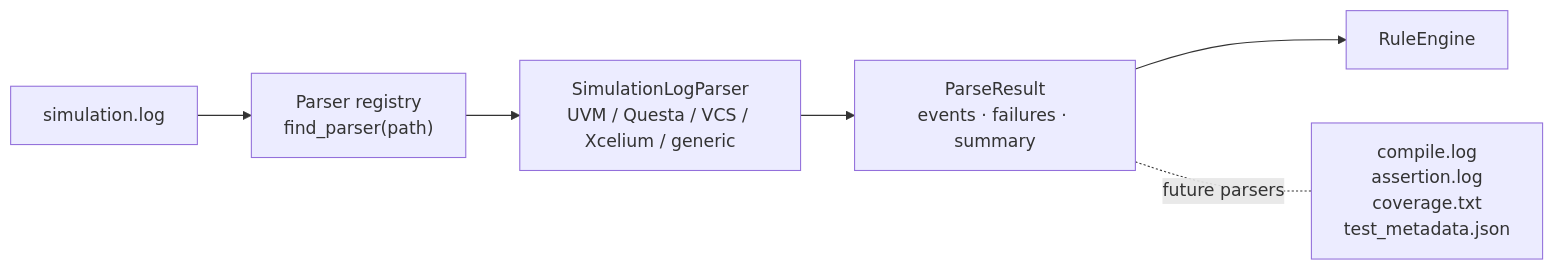
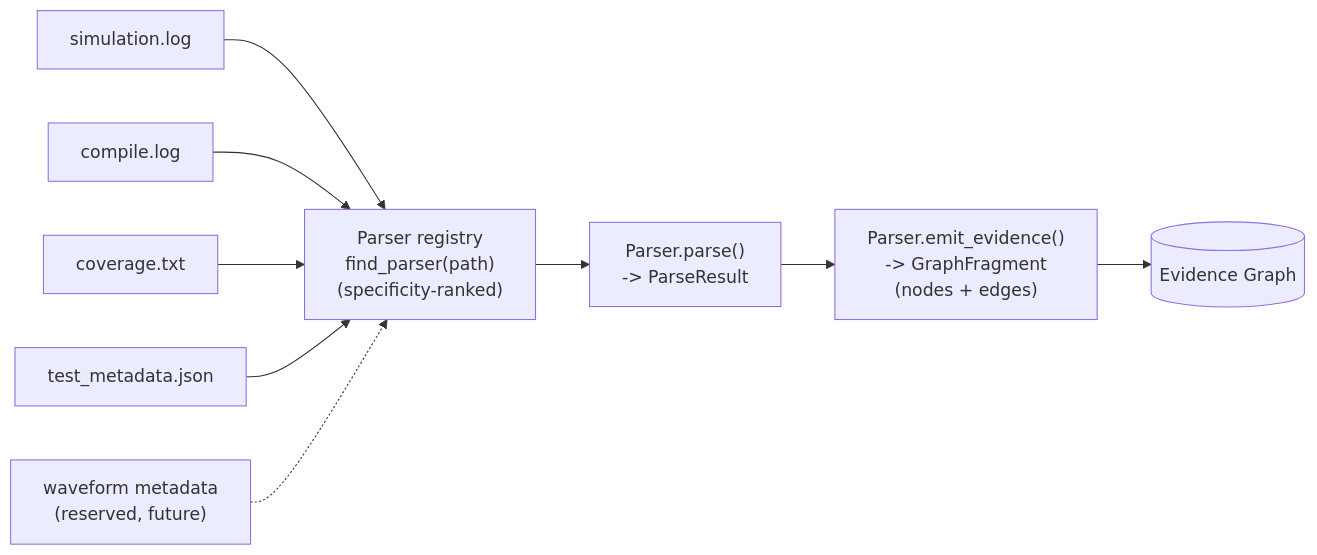
One commit to patel-om/veritriage changed the first of 4 diagrams in docs/ARCHITECTURE.md. Above: the diagram before and after it, drawn with Mermaid. The commit also changed other lines of this file and 35 other files, not shown here.

First line of the commit message:
feat: v0.2.0 - Evidence Graph as central architecture

````diff
--- a/docs/ARCHITECTURE.md
+++ b/docs/ARCHITECTURE.md
@@ -10,8 +11,11 @@
 ```mermaid
 flowchart LR
-    A[simulation.log] --> B["Parser registry\nfind_parser(path)"]
-    B --> C["SimulationLogParser\nUVM / Questa / VCS / Xcelium / generic"]
-    C --> D["ParseResult\nevents · failures · summary"]
-    D --> E[RuleEngine]
-    D -. future parsers .- F["compile.log\nassertion.log\ncoverage.txt\ntest_metadata.json"]
+    A[simulation.log] --> R["Parser registry\nfind_parser(path)\n(specificity-ranked)"]
+    B[compile.log] --> R
+    C[coverage.txt] --> R
+    D[test_metadata.json] --> R
+    W["waveform metadata\n(reserved, future)"] -.-> R
+    R --> P["Parser.parse()\n-> ParseResult"]
+    P --> E["Parser.emit_evidence()\n-> GraphFragment\n(nodes + edges)"]
+    E --> G[("Evidence Graph")]
 ```
````
